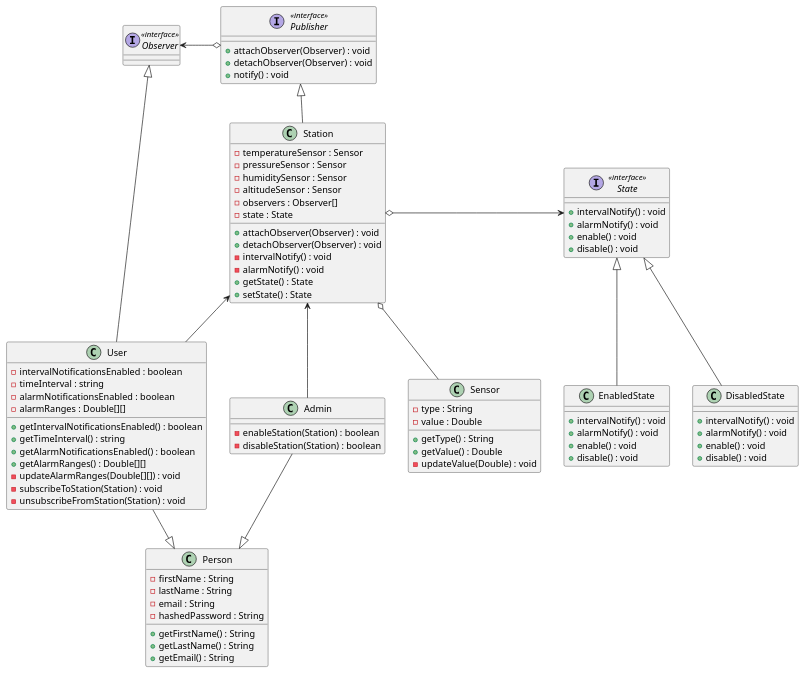
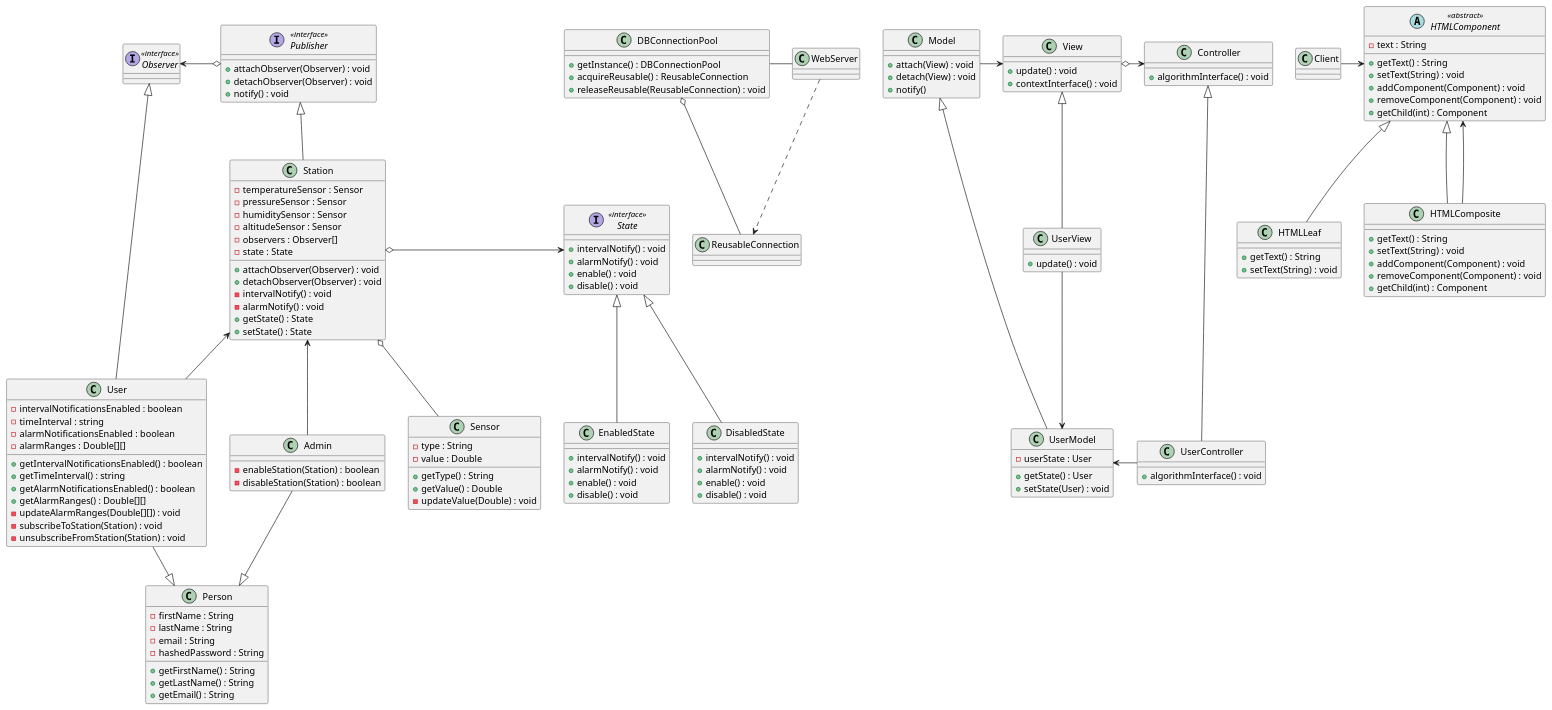
One commit to ooad-sv/semester-project-design changed the diagram in diagrams/class/diagram.puml. Above: the diagram before and after it, drawn with PlantUML. The commit also changed 3 other files, not shown here.

```diff
--- a/diagrams/class/diagram.puml
+++ b/diagrams/class/diagram.puml
@@ -1,104 +1,186 @@
 @startuml
 
 
 interface Publisher <<interface>> {
     +attachObserver(Observer) : void
     +detachObserver(Observer) : void
     +notify() : void
 }
 
 interface Observer <<interface>> {
 }
 
 class Person {
     -firstName : String
     -lastName : String
     -email : String
     -hashedPassword : String
     +getFirstName() : String
     +getLastName() : String
     +getEmail() : String
 }
 
 class User {
     -intervalNotificationsEnabled : boolean
     -timeInterval : string
     -alarmNotificationsEnabled : boolean
     -alarmRanges : Double[][]
     +getIntervalNotificationsEnabled() : boolean
     +getTimeInterval() : string
     +getAlarmNotificationsEnabled() : boolean
     +getAlarmRanges() : Double[][]
     -updateAlarmRanges(Double[][]) : void
     -subscribeToStation(Station) : void
     -unsubscribeFromStation(Station) : void
 }
 
 class Admin {
     -enableStation(Station) : boolean
     -disableStation(Station) : boolean
 }
 
 class Sensor {
     -type : String
     -value : Double
     +getType() : String
     +getValue() : Double
     -updateValue(Double) : void
 }
 
 class Station {
     -temperatureSensor : Sensor
     -pressureSensor : Sensor
     -humiditySensor : Sensor
     -altitudeSensor : Sensor
     -observers : Observer[]
     -state : State
     +attachObserver(Observer) : void
     +detachObserver(Observer) : void
     -intervalNotify() : void
     -alarmNotify() : void
     +getState() : State
     +setState() : State
 }
 
 interface State <<interface>> {
     +intervalNotify() : void
     +alarmNotify() : void
     +enable() : void
     +disable() : void
 }
 
 class EnabledState {
     +intervalNotify() : void
     +alarmNotify() : void
     +enable() : void
     +disable() : void
 }
 
 class DisabledState {
     +intervalNotify() : void
     +alarmNotify() : void
     +enable() : void
     +disable() : void
 }
 
 User --|> Person
 Admin --|> Person
 
 Station o-- Sensor
 
 Publisher <|-- Station
 Observer <|--- User
 
 Observer <-o Publisher
 
 Station <-- User
 Station <-- Admin
 
 State <|-- EnabledState
 State <|-- DisabledState
 
 Station o-> State
 
+
+
+class DBConnectionPool {
+    +getInstance() : DBConnectionPool
+    +acquireReusable() : ReusableConnection
+    +releaseReusable(ReusableConnection) : void
+}
+
+WebServer ..> ReusableConnection
+DBConnectionPool - WebServer
+ReusableConnection --o DBConnectionPool
+
+
+
+class Model {
+    +attach(View) : void
+    +detach(View) : void
+    +notify()
+}
+
+class View {
+    +update() : void
+    +contextInterface() : void
+}
+
+class Controller {
+    +algorithmInterface() : void
+}
+
+class UserModel {
+    -userState : User
+    +getState() : User
+    +setState(User) : void
+}
+
+class UserView {
+    +update() : void
+}
+
+class UserController {
+    +algorithmInterface() : void
+}
+
+Model -> View
+View o-> Controller
+Model <|--- UserModel
+View <|-- UserView
+Controller <|--- UserController
+UserView --> UserModel
+UserModel <- UserController
+
+
+
+abstract class HTMLComponent <<abstract>> {
+    -text : String
+    +getText() : String
+    +setText(String) : void
+    +addComponent(Component) : void
+    +removeComponent(Component) : void
+    +getChild(int) : Component
+}
+
+class HTMLLeaf {
+    +getText() : String
+    +setText(String) : void
+}
+
+class HTMLComposite {
+    +getText() : String
+    +setText(String) : void
+    +addComponent(Component) : void
+    +removeComponent(Component) : void
+    +getChild(int) : Component
+}
+
+Client -> HTMLComponent
+HTMLComponent <|-- HTMLLeaf
+HTMLComponent <|-- HTMLComposite
+HTMLComponent <-- HTMLComposite
+
+
+
 @enduml
```
